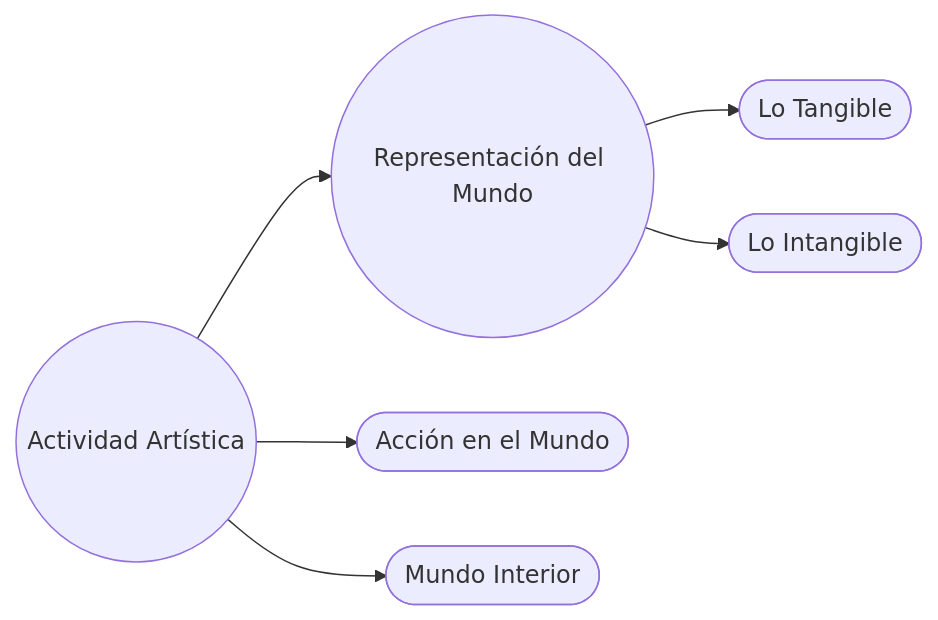
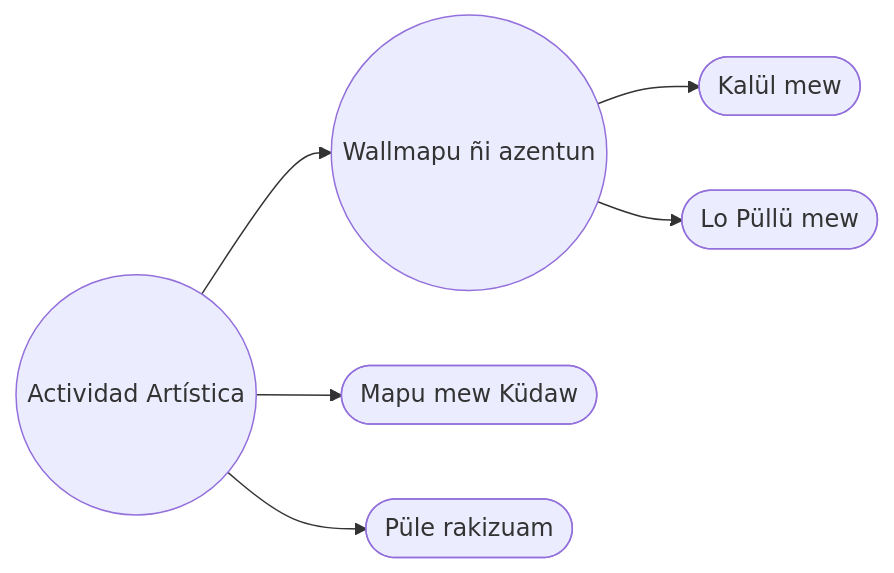
The first of 3 diagrams in MPD/mundo-exterior.md (EGGS-Artesvisuales/EGGS-Artesvisuales.github.io), drawn with Mermaid before and after one commit. The commit also changed other lines of this file and 43 other files, not shown here.

```diff
--- a/MPD/mundo-exterior.md
+++ b/MPD/mundo-exterior.md
@@ -14,21 +14,21 @@
 <div class="mermaid">
 flowchart LR
   principal((Actividad Artística))
-  representacion(("Representación del Mundo"))
-  accion(["Acción en el Mundo"])
-  interior(["Mundo Interior"])
+  representacion(("Wallmapu ñi azentun"))
+  accion(["Mapu mew Küdaw"])
+  interior(["Püle rakizuam"])
 
   principal --> representacion
   principal --> accion
   principal --> interior
 
-  representacion --> tangible(["Lo Tangible"])
-  representacion --> intangible(["Lo Intangible"])
+  representacion --> tangible(["Kalül mew"])
+  representacion --> intangible(["Lo Püllü mew"])
 
-  click principal "/MPD/index.html" "Ir al Inicio"
-  click representacion "/MPD/mundo-exterior.html" "Ir a Representación del Mundo"
-  click tangible "/MPD/tangible.html" "Ir a Lo Tangible"
-  click intangible "/MPD/intangible.html" "Ir a Lo Intangible"
-  click accion "/MPD/accion.html" "Ir a Acción en el Mundo"
-  click interior "/MPD/interior.html" "Ir a Mundo Interior"
+  click principal "/MPD/index.html" "Ir al Wünen"
+  click representacion "/MPD/mundo-exterior.html" "Ir a Wallmapu ñi azentun"
+  click tangible "/MPD/tangible.html" "Ir a Kalül mew"
+  click intangible "/MPD/intangible.html" "Ir a Lo Püllü mew"
+  click accion "/MPD/accion.html" "Ir a Mapu mew Küdaw"
+  click interior "/MPD/interior.html" "Ir a Püle rakizuam"
 </div>
```
